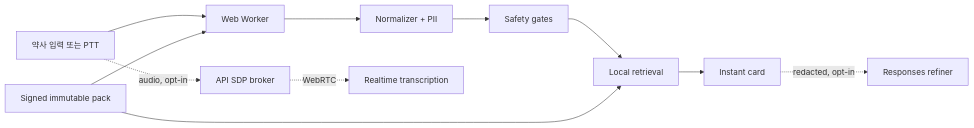
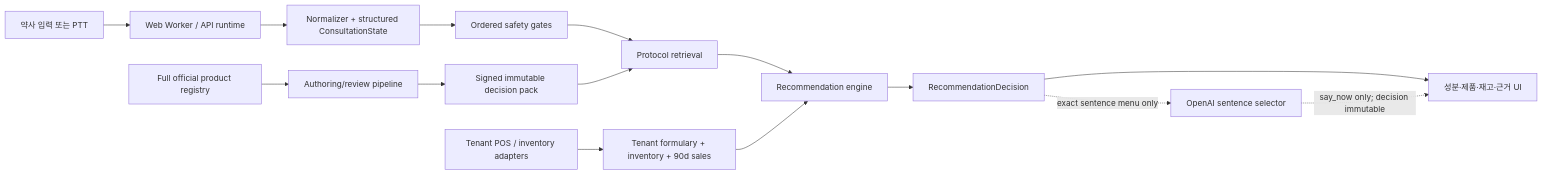
Before and after one commit to yeohj0710/pharmassist-realtime-copilot: the diagram in app/docs/ARCHITECTURE.md, drawn with Mermaid. The commit also changed other lines of this file and 118 other files, not shown here.

Commit message:
feat: integrate verified OTC decision engine

````diff
--- a/app/docs/ARCHITECTURE.md
+++ b/app/docs/ARCHITECTURE.md
@@ -5,13 +5,18 @@
 ```mermaid
 flowchart LR
-  U["약사 입력 또는 PTT"] --> W["Web Worker"]
-  W --> N["Normalizer + PII"]
-  N --> S["Safety gates"]
-  S --> R["Local retrieval"]
-  R --> C["Instant card"]
-  C -. "redacted, opt-in" .-> O["Responses refiner"]
-  U -. "audio, opt-in" .-> B["API SDP broker"]
-  B -. "WebRTC" .-> T["Realtime transcription"]
-  K["Signed immutable pack"] --> W
-  K --> R
+  U["약사 입력 또는 PTT"] --> W["Web Worker / API runtime"]
+  W --> N["Normalizer + structured ConsultationState"]
+  N --> S["Ordered safety gates"]
+  S --> P["Protocol retrieval"]
+  P --> D["Recommendation engine"]
+  D --> O["RecommendationDecision"]
+  O --> UI["성분·제품·재고·근거 UI"]
+  O -. "exact sentence menu only" .-> L["OpenAI sentence selector"]
+  L -. "say_now only; decision immutable" .-> UI
+
+  REG["Full official product registry"] --> A["Authoring/review pipeline"]
+  A --> K["Signed immutable decision pack"]
+  K --> P
+  POS["Tenant POS / inventory adapters"] --> F["Tenant formulary + inventory + 90d sales"]
+  F --> D
 ```
````
